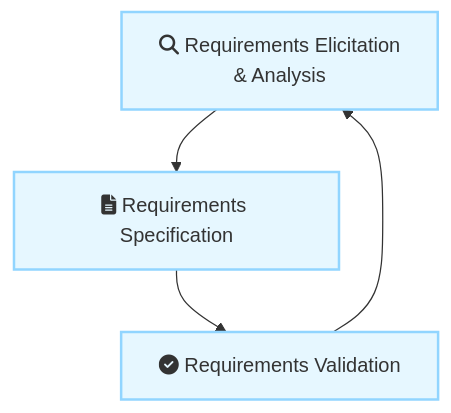
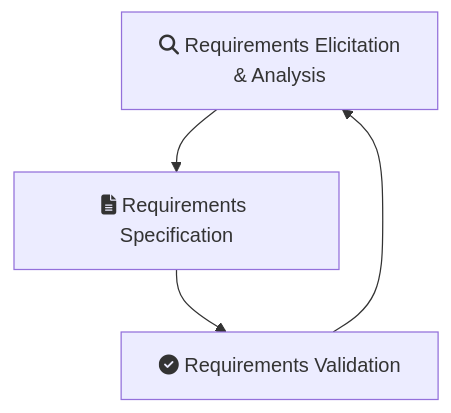
The first of 4 diagrams in docs/mca/se/u11/u12.md (sujith-eag/sujith-library), drawn with Mermaid before and after one commit. The commit also changed other lines of this file and 41 other files, not shown here.

First line of the commit message:
Refactor diagrams and remove redundant styles in documentation

````diff
--- a/docs/mca/se/u11/u12.md
+++ b/docs/mca/se/u11/u12.md
@@ -37,8 +37,7 @@
 ```mermaid
 graph TD
-    classDef processPhase fill:#e6f7ff,stroke:#91d5ff,stroke-width:2px;
 
     A[fa:fa-search Requirements Elicitation<br>& Analysis]:::processPhase --> B[fa:fa-file-alt Requirements Specification]:::processPhase;
     B --> C[fa:fa-check-circle Requirements Validation]:::processPhase;
     C --> A;
 ```
````
